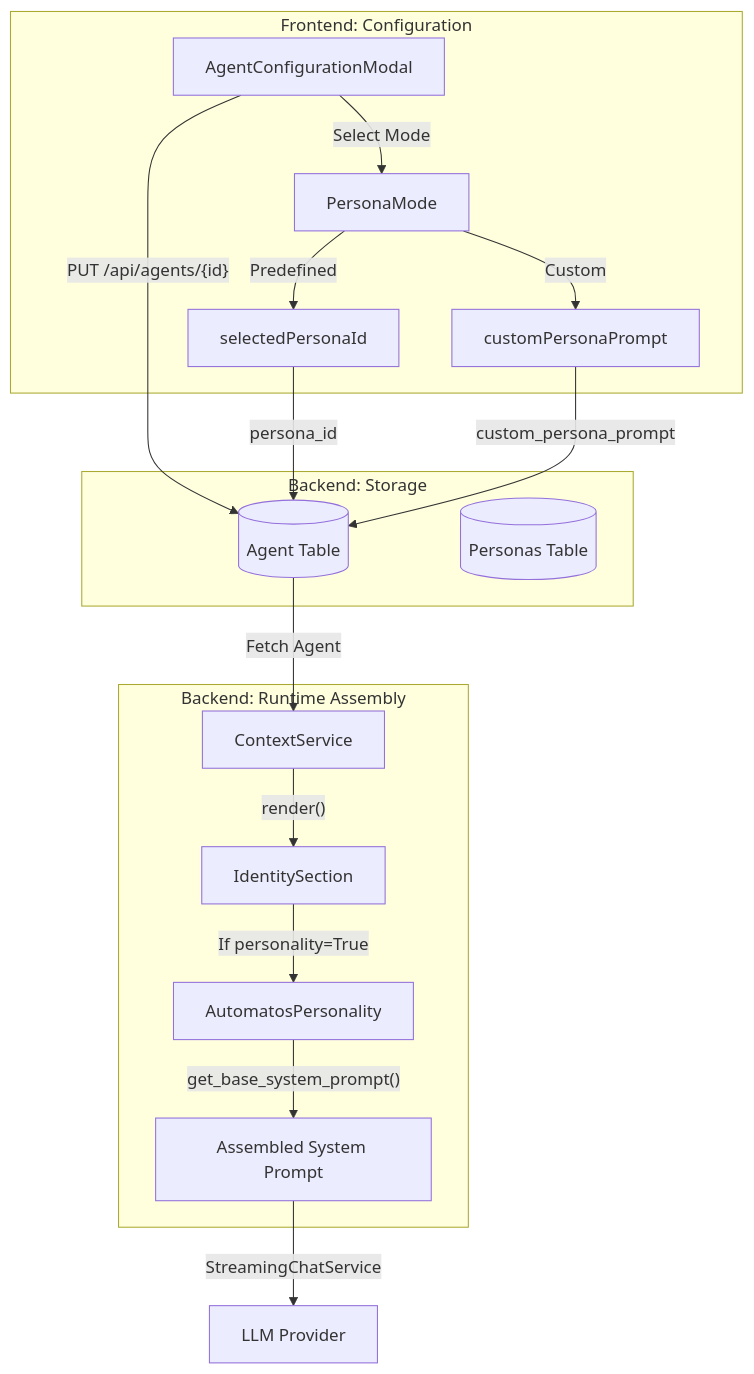
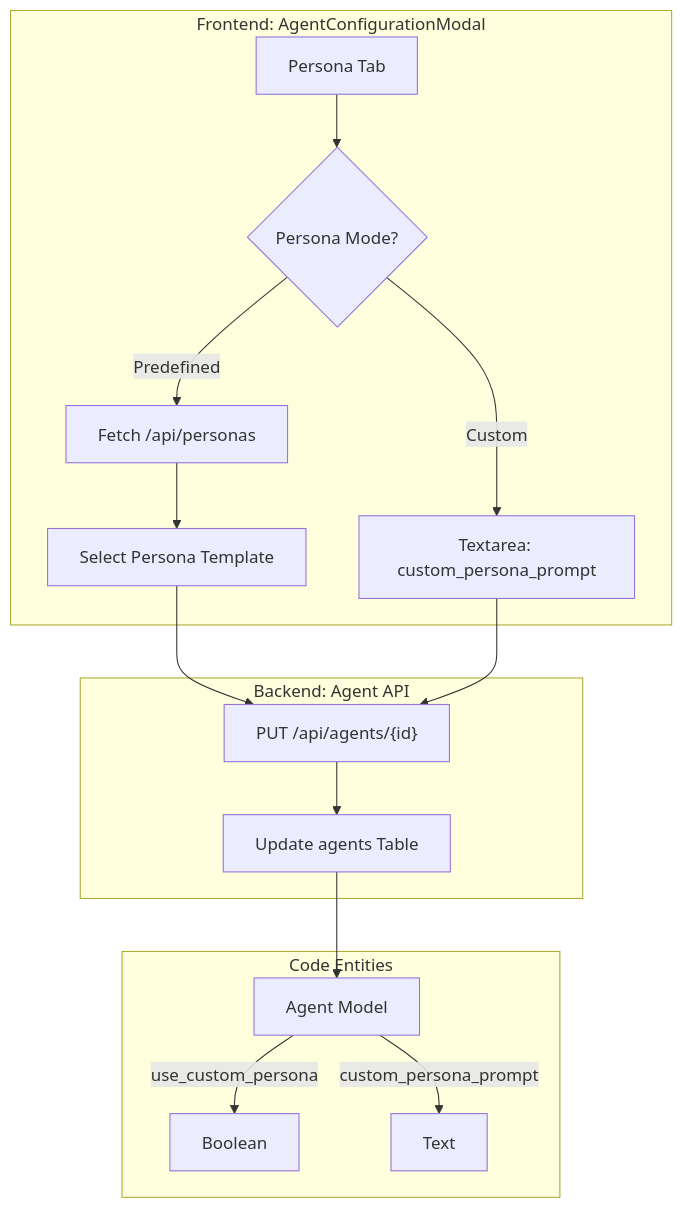
The diagram in docs/agents/agent-personas.md (AutomatosAI/automatos-ai), drawn with Mermaid before and after one commit. The commit also changed other lines of this file and 153 other files, not shown here.

````diff
--- a/docs/agents/agent-personas.md
+++ b/docs/agents/agent-personas.md
@@ -85,29 +71,21 @@
 ```mermaid
 graph TD
-    subgraph "Frontend: Configuration"
-        UI["AgentConfigurationModal"] -- "Select Mode" --> Mode["PersonaMode"]
-        Mode -- "Predefined" --> P_ID["selectedPersonaId"]
-        Mode -- "Custom" --> C_PR["customPersonaPrompt"]
+    subgraph "Frontend: AgentConfigurationModal"
+        UI["Persona Tab"] --> MODE{"Persona Mode?"}
+        MODE -- "Predefined" --> PL["Fetch /api/personas"]
+        MODE -- "Custom" --> CP["Textarea: custom_persona_prompt"]
+        PL --> SEL["Select Persona Template"]
     end
 
-    subgraph "Backend: Storage"
-        DB_A[("Agent Table")]
-        DB_P[("Personas Table")]
-        UI -- "PUT /api/agents/{id}" --> DB_A
-        P_ID -- "persona_id" --> DB_A
-        C_PR -- "custom_persona_prompt" --> DB_A
+    subgraph "Backend: Agent API"
+        SEL --> API["PUT /api/agents/{id}"]
+        CP --> API
+        API --> DB["Update agents Table"]
     end
 
-    subgraph "Backend: Runtime Assembly"
-        CS["ContextService"]
-        IDS["IdentitySection"]
-        AP["AutomatosPersonality"]
-        
-        DB_A -- "Fetch Agent" --> CS
-        CS -- "render()" --> IDS
-        IDS -- "If personality=True" --> AP
-        AP -- "get_base_system_prompt()" --> FinalPrompt["Assembled System Prompt"]
+    subgraph "Code Entities"
+        DB --> ENTITY["Agent Model"]
+        ENTITY -- "use_custom_persona" --> BOOL["Boolean"]
+        ENTITY -- "custom_persona_prompt" --> TXT["Text"]
     end
-
-    FinalPrompt -- "StreamingChatService" --> LLM["LLM Provider"]
 ```
````
